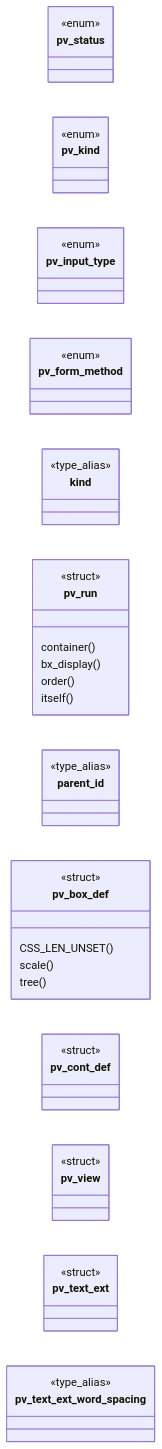
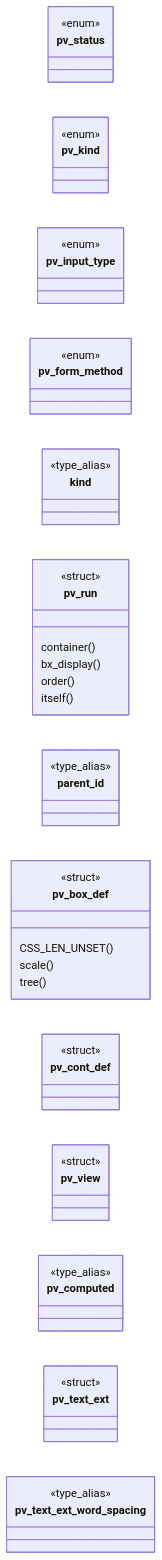
Before and after one commit to grisuno/FreeDom: the first of 2 diagrams in readmenator-apidocs/modules/include.page_view.h.md, drawn with Mermaid. The commit also changed other lines of this file and 364 other files, not shown here.

````diff
--- a/readmenator-apidocs/modules/include.page_view.h.md
+++ b/readmenator-apidocs/modules/include.page_view.h.md
@@ -15,37 +15,39 @@
 ```mermaid
 classDiagram
     direction LR
     class pv_status
     <<enum>> pv_status
     class pv_kind
     <<enum>> pv_kind
     class pv_input_type
     <<enum>> pv_input_type
     class pv_form_method
     <<enum>> pv_form_method
     class kind
     <<type_alias>> kind
     class pv_run
     <<struct>> pv_run
     pv_run : container()
     pv_run : bx_display()
     pv_run : order()
     pv_run : itself()
     class parent_id
     <<type_alias>> parent_id
     class pv_box_def
     <<struct>> pv_box_def
     pv_box_def : CSS_LEN_UNSET()
     pv_box_def : scale()
     pv_box_def : tree()
     class parent_id
     <<type_alias>> parent_id
     class pv_cont_def
     <<struct>> pv_cont_def
     class pv_view
     <<struct>> pv_view
+    class pv_computed
+    <<type_alias>> pv_computed
     class pv_text_ext
     <<struct>> pv_text_ext
     class pv_text_ext_word_spacing
     <<type_alias>> pv_text_ext_word_spacing
 ```
````
